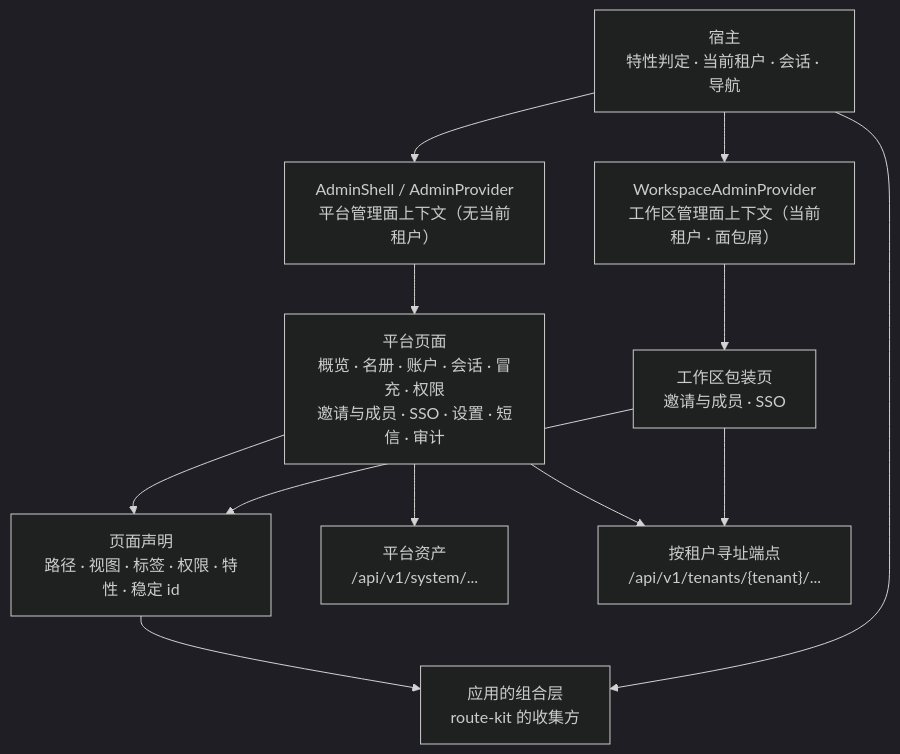
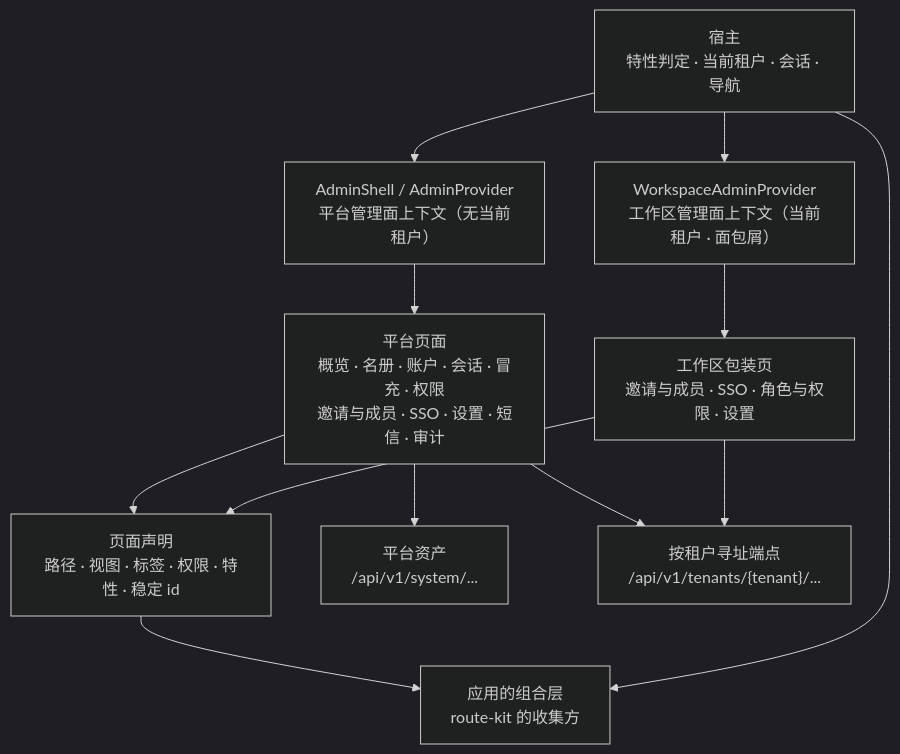
Before and after one commit to wangzw/speed: the diagram in docs/design/modules/web/design-web-admin-ui.md, drawn with Mermaid (dark theme). The commit also changed other lines of this file and 3 other files, not shown here.

````diff
--- a/docs/design/modules/web/design-web-admin-ui.md
+++ b/docs/design/modules/web/design-web-admin-ui.md
@@ -348,23 +369,23 @@
 ```mermaid
 graph TD
     host["宿主\n特性判定 · 当前租户 · 会话 · 导航"]
     collect["应用的组合层\nroute-kit 的收集方"]
     decl["页面声明\n路径 · 视图 · 标签 · 权限 · 特性 · 稳定 id"]
     pframe["AdminShell / AdminProvider\n平台管理面上下文（无当前租户）"]
     ppages["平台页面\n概览 · 名册 · 账户 · 会话 · 冒充 · 权限\n邀请与成员 · SSO · 设置 · 短信 · 审计"]
     wframe["WorkspaceAdminProvider\n工作区管理面上下文（当前租户 · 面包屑）"]
-    wpages["工作区包装页\n邀请与成员 · SSO"]
+    wpages["工作区包装页\n邀请与成员 · SSO · 角色与权限 · 设置"]
     papi["平台资产\n/api/v1/system/..."]
     tapi["按租户寻址端点\n/api/v1/tenants/{tenant}/..."]
     ppages --> decl
     wpages --> decl
     decl --> collect
     host --> pframe
     host --> wframe
     host --> collect
     pframe --> ppages
     wframe --> wpages
     ppages --> papi
     ppages --> tapi
     wpages --> tapi
 ```
````
